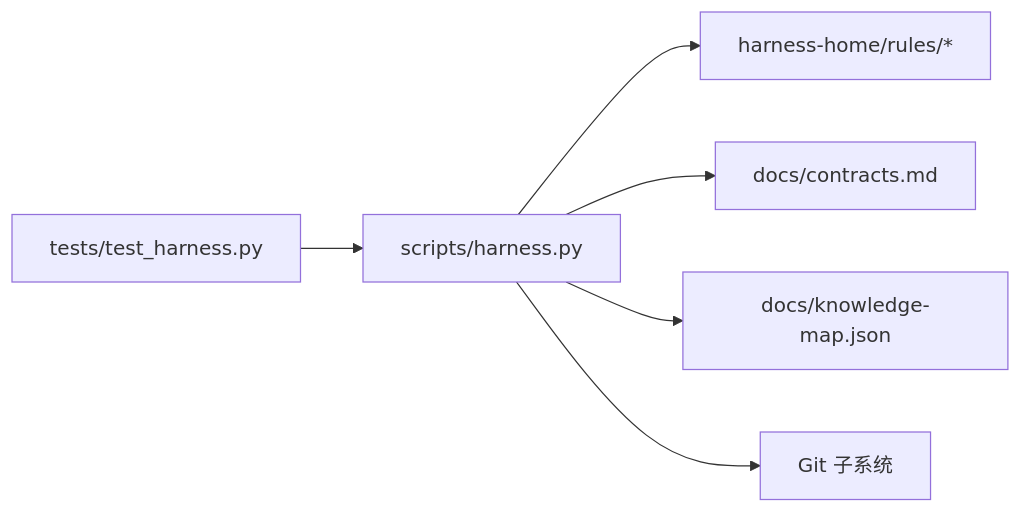
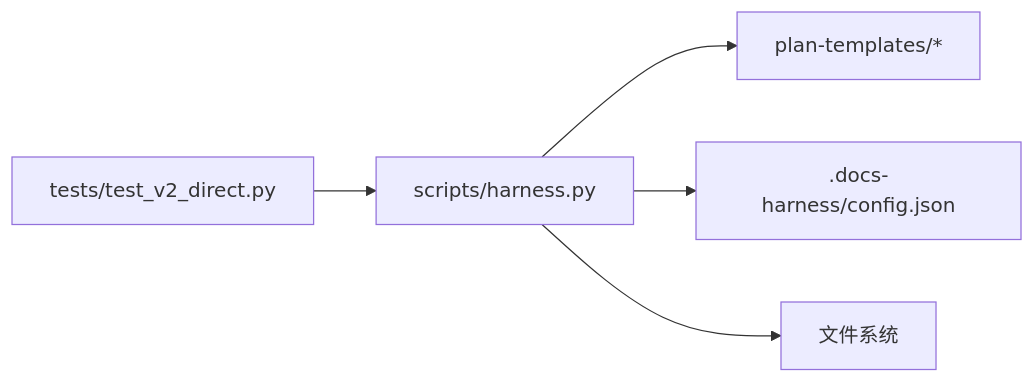
One commit to HackSing/docs-harness changed the sixth of 6 diagrams in .qoder/repowiki/zh/content/项目概述.md. Above: the diagram before and after it, drawn with Mermaid. The commit also changed other lines of this file and 42 other files, not shown here.

````diff
--- a/.qoder/repowiki/zh/content/项目概述.md
+++ b/.qoder/repowiki/zh/content/项目概述.md
@@ -236,8 +200,7 @@
 ```mermaid
 graph LR
-Harness["scripts/harness.py"] --> Rules["harness-home/rules/*"]
-Harness --> Contracts["docs/contracts.md"]
-Harness --> Knowledge["docs/knowledge-map.json"]
-Harness --> Git["Git 子系统"]
-Tests["tests/test_harness.py"] --> Harness
+Harness["scripts/harness.py"] --> Templates["plan-templates/*"]
+Harness --> Config[".docs-harness/config.json"]
+Harness --> FS["文件系统"]
+Tests["tests/test_v2_direct.py"] --> Harness
 ```
````
